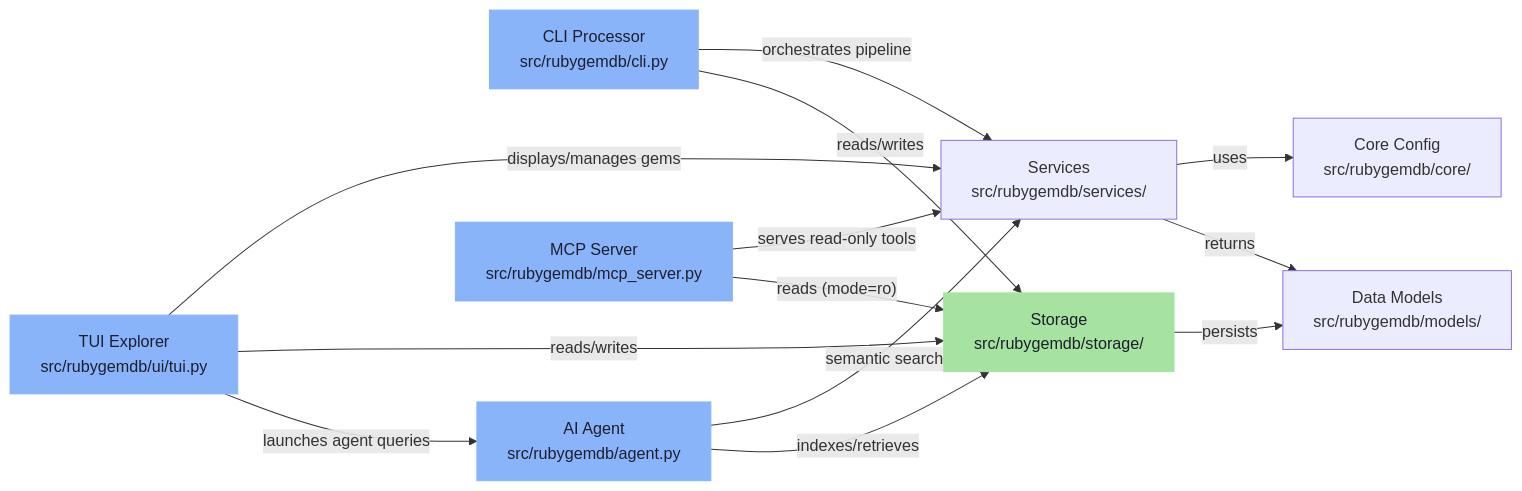
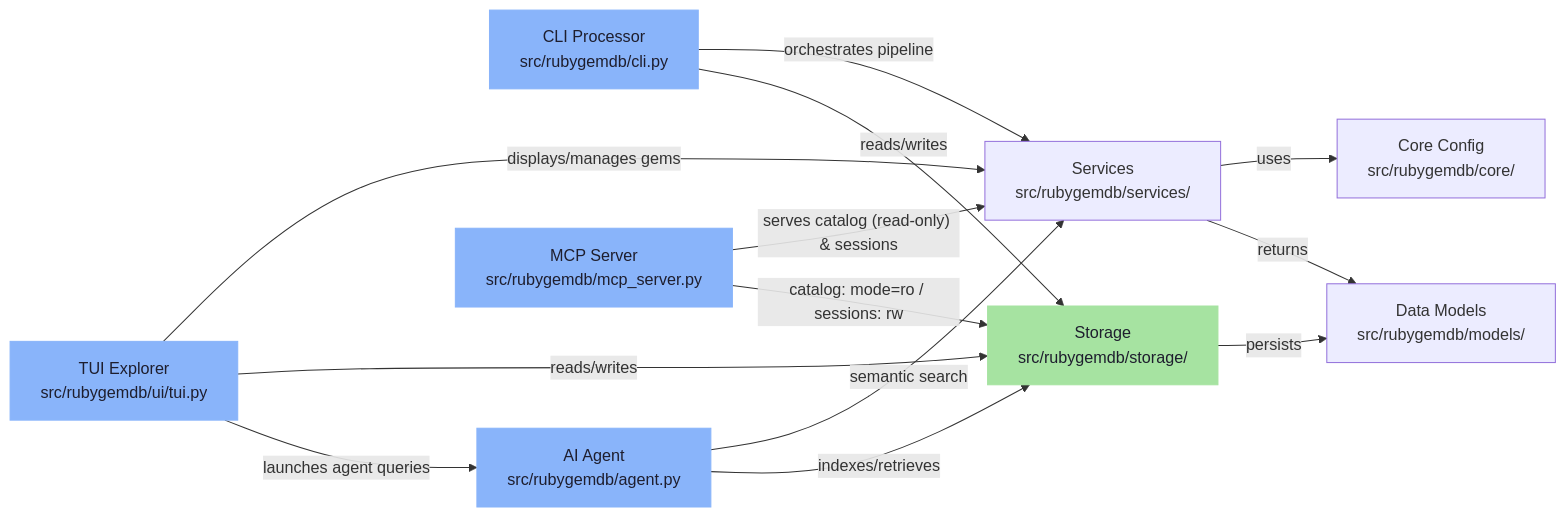
The first of 3 diagrams in README.md (b08x/rubygemdb), drawn with Mermaid before and after one commit. The commit also changed other lines of this file and 6 other files, not shown here.

First line of the commit message:
📚 docs: document GraphRAG session tracking across all project docs

````diff
--- a/README.md
+++ b/README.md
@@ -31,30 +32,30 @@
 ```mermaid
 graph LR
     cli["CLI Processor\nsrc/rubygemdb/cli.py"]
     tui["TUI Explorer\nsrc/rubygemdb/ui/tui.py"]
     agent["AI Agent\nsrc/rubygemdb/agent.py"]
     mcp["MCP Server\nsrc/rubygemdb/mcp_server.py"]
     core["Core Config\nsrc/rubygemdb/core/"]
     models["Data Models\nsrc/rubygemdb/models/"]
     services["Services\nsrc/rubygemdb/services/"]
     storage["Storage\nsrc/rubygemdb/storage/"]
 
     cli -->|"orchestrates pipeline"| services
     cli -->|"reads/writes"| storage
     tui -->|"displays/manages gems"| services
     tui -->|"reads/writes"| storage
     tui -->|"launches agent queries"| agent
     agent -->|"semantic search"| services
     agent -->|"indexes/retrieves"| storage
-    mcp -->|"serves read-only tools"| services
-    mcp -->|"reads (mode=ro)"| storage
+    mcp -->|"serves catalog (read-only) & sessions"| services
+    mcp -->|"catalog: mode=ro / sessions: rw"| storage
     services -->|"uses"| core
     services -->|"returns"| models
     storage -->|"persists"| models
 
     style cli fill:#89b4fa,stroke:#89b4fa,color:#1e1e2e
     style tui fill:#89b4fa,stroke:#89b4fa,color:#1e1e2e
     style agent fill:#89b4fa,stroke:#89b4fa,color:#1e1e2e
     style mcp fill:#89b4fa,stroke:#89b4fa,color:#1e1e2e
     style storage fill:#a6e3a1,stroke:#a6e3a1,color:#1e1e2e
 ```
````
